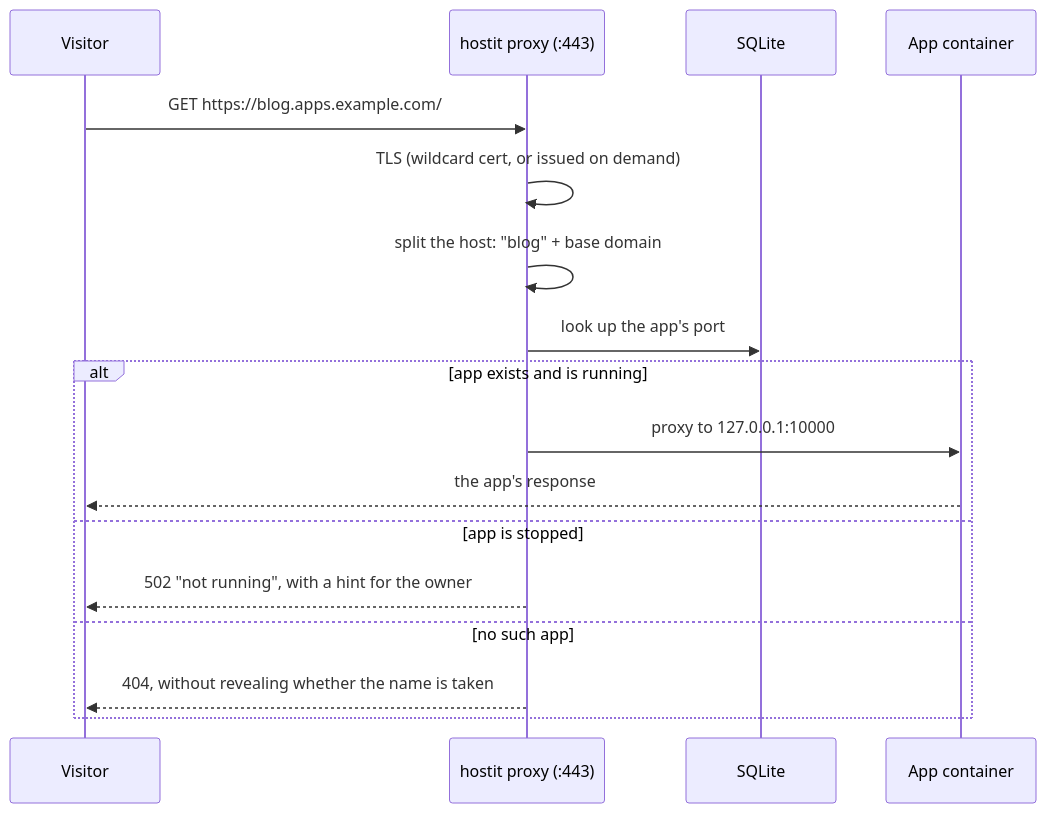
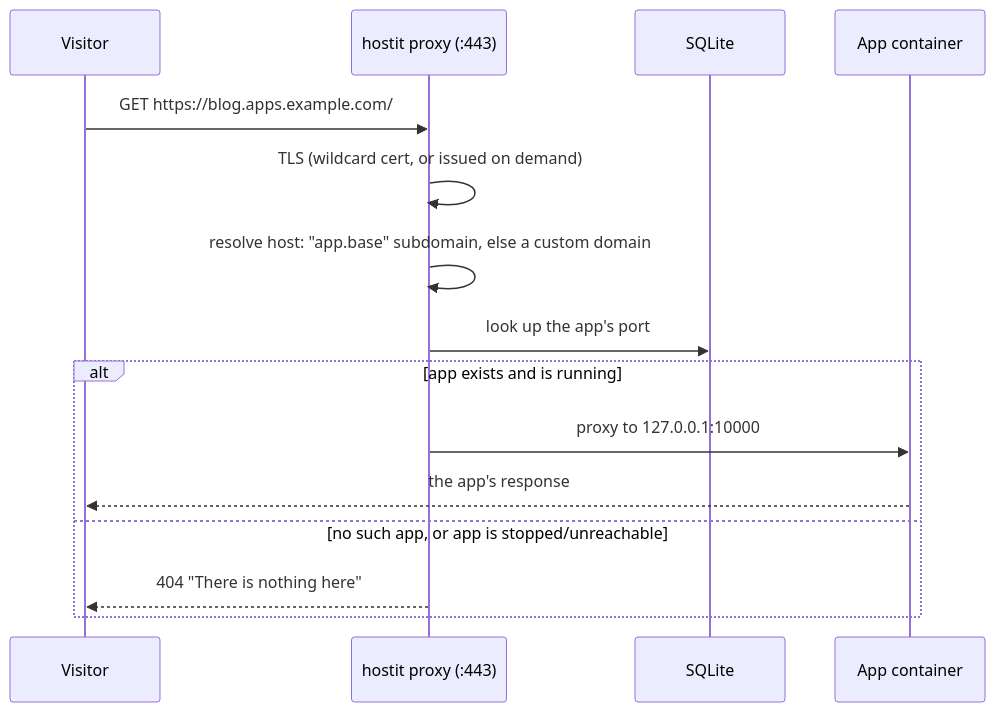
One commit to binwiederhier/hostit changed the fourth of 8 diagrams in ARCHITECTURE.md. Above: the diagram before and after it, drawn with Mermaid. The commit also changed other lines of this file and 5 other files, not shown here.

First line of the commit message:
Prepare for open-source; refresh architecture doc

````diff
--- a/ARCHITECTURE.md
+++ b/ARCHITECTURE.md
@@ -127,20 +134,18 @@
 ```mermaid
 sequenceDiagram
     participant V as Visitor
     participant P as hostit proxy (:443)
     participant S as SQLite
     participant A as App container
 
     V->>P: GET https://blog.apps.example.com/
     P->>P: TLS (wildcard cert, or issued on demand)
-    P->>P: split the host: "blog" + base domain
+    P->>P: resolve host: "app.base" subdomain, else a custom domain
     P->>S: look up the app's port
     alt app exists and is running
         P->>A: proxy to 127.0.0.1:10000
         A-->>V: the app's response
-    else app is stopped
-        P-->>V: 502 "not running", with a hint for the owner
-    else no such app
-        P-->>V: 404, without revealing whether the name is taken
+    else no such app, or app is stopped/unreachable
+        P-->>V: 404 "There is nothing here"
     end
 ```
````
